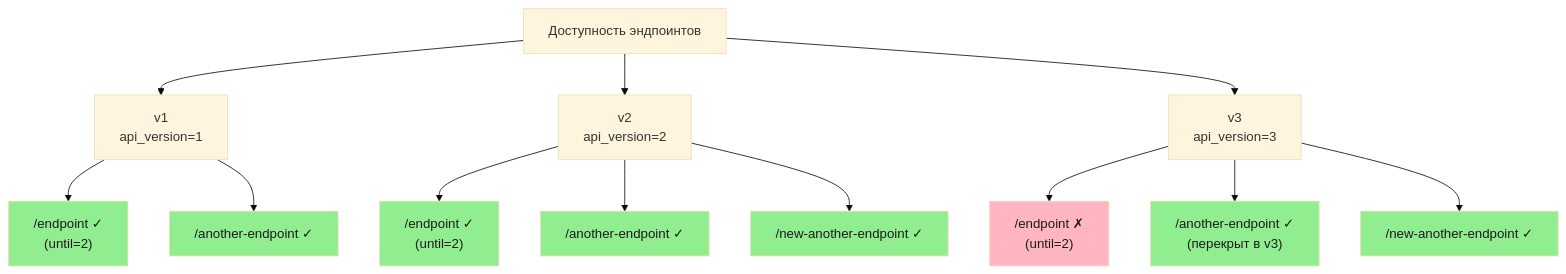
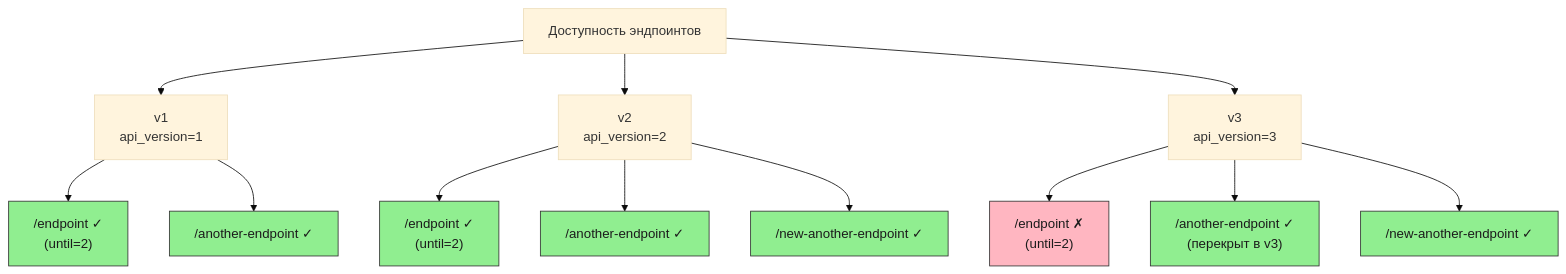
Before and after one commit to feodor-ra/fastapi-easy-versioning: the diagram in docs/ru/examples/simple.md, drawn with Mermaid (base theme). The commit also changed 5 other files, not shown here.

Commit message:
docs: colour mermaid nodes with classDef instead of per-node styles

````diff
--- a/docs/ru/examples/simple.md
+++ b/docs/ru/examples/simple.md
@@ -81,31 +81,20 @@
 ```mermaid
 graph TD
     A[Доступность эндпоинтов] --> B[v1<br/>api_version=1]
     A --> C[v2<br/>api_version=2]
     A --> D[v3<br/>api_version=3]
 
-    B --> B1["/endpoint ✓<br/>(until=2)"]
-    B --> B2["/another-endpoint ✓"]
+    B --> B1["/endpoint ✓<br/>(until=2)"]:::available
+    B --> B2["/another-endpoint ✓"]:::available
 
-    C --> C1["/endpoint ✓<br/>(until=2)"]
-    C --> C2["/another-endpoint ✓"]
-    C --> C3["/new-another-endpoint ✓"]
+    C --> C1["/endpoint ✓<br/>(until=2)"]:::available
+    C --> C2["/another-endpoint ✓"]:::available
+    C --> C3["/new-another-endpoint ✓"]:::available
 
-    D --> D1["/endpoint ✗<br/>(until=2)"]
-    D --> D2["/another-endpoint ✓<br/>(перекрыт в v3)"]
-    D --> D3["/new-another-endpoint ✓"]
+    D --> D1["/endpoint ✗<br/>(until=2)"]:::missing
+    D --> D2["/another-endpoint ✓<br/>(перекрыт в v3)"]:::available
+    D --> D3["/new-another-endpoint ✓"]:::available
 
-    style B1 fill:#90EE90,color:#1b1b1b
-    style B2 fill:#90EE90,color:#1b1b1b
-
-    style C1 fill:#90EE90,color:#1b1b1b
-    style C2 fill:#90EE90,color:#1b1b1b
-    style C3 fill:#90EE90,color:#1b1b1b
-
-    style D1 fill:#FFB6C1,color:#1b1b1b
-    style D2 fill:#90EE90,color:#1b1b1b
-    style D3 fill:#90EE90,color:#1b1b1b
-
-    classDef available fill:#90EE90,color:#1b1b1b,stroke:#333;
-    classDef notAvailable fill:#FFB6C1,color:#1b1b1b,stroke:#333;
+    classDef available fill:#90EE90,stroke:#333,color:#1b1b1b
+    classDef missing fill:#FFB6C1,stroke:#333,color:#1b1b1b
 ```
````
